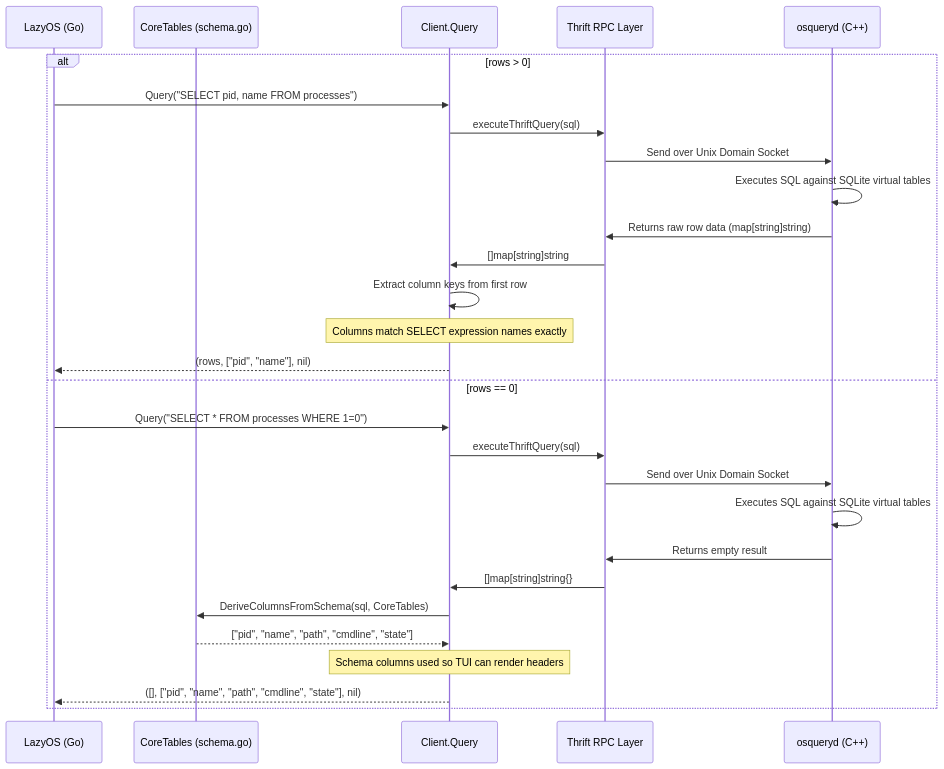
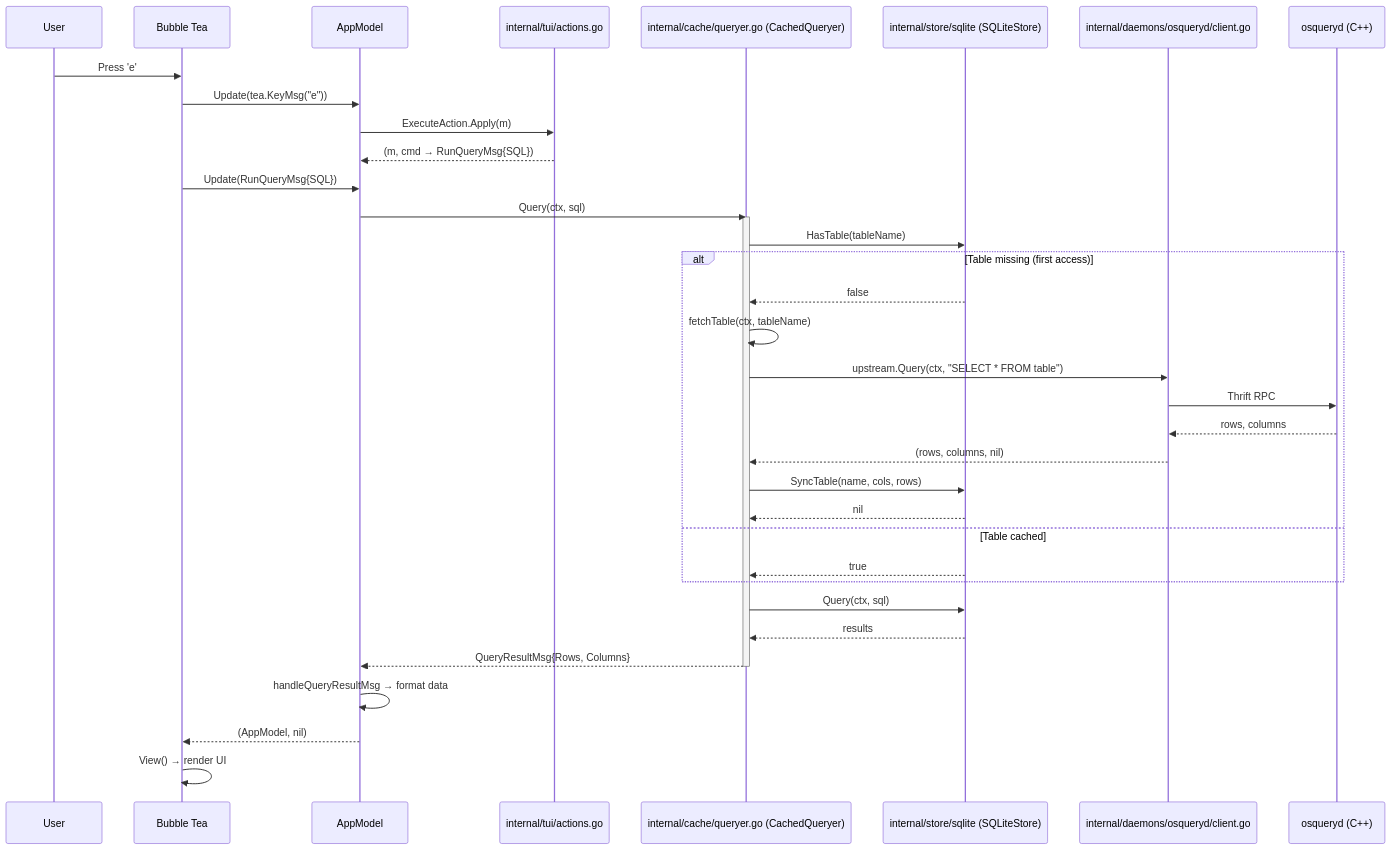
The third of 5 diagrams in docs/osquery_interaction.md (ajitm722/LazyOS), drawn with Mermaid before and after one commit. The commit also changed other lines of this file and 27 other files, not shown here.

First line of the commit message:
feat: persistent SQLite cache layer with source query bypass

````diff
--- a/docs/osquery_interaction.md
+++ b/docs/osquery_interaction.md
@@ -136,31 +139,45 @@
 ```mermaid
 sequenceDiagram
-    participant App as LazyOS (Go)
-    participant Schema as CoreTables (schema.go)
-    participant Client as Client.Query
-    participant Thrift as Thrift RPC Layer
+    participant User as User
+    participant Runtime as Bubble Tea
+    participant Model as AppModel
+    participant Action as internal/tui/actions.go
+    participant Cache as internal/cache/queryer.go (CachedQueryer)
+    participant Store as internal/store/sqlite (SQLiteStore)
+    participant Client as internal/daemons/osqueryd/client.go
     participant Daemon as osqueryd (C++)
-    
-    alt rows > 0
-        App->>Client: Query("SELECT pid, name FROM processes")
-        Client->>Thrift: executeThriftQuery(sql)
-        Thrift->>Daemon: Send over Unix Domain Socket
-        Daemon->>Daemon: Executes SQL against SQLite virtual tables
-        Daemon->>Thrift: Returns raw row data (map[string]string)
-        Thrift->>Client: []map[string]string
-        Client->>Client: Extract column keys from first row
-        Note over Client: Columns match SELECT expression names exactly
-        Client-->>App: (rows, ["pid", "name"], nil)
-    else rows == 0
-        App->>Client: Query("SELECT * FROM processes WHERE 1=0")
-        Client->>Thrift: executeThriftQuery(sql)
-        Thrift->>Daemon: Send over Unix Domain Socket
-        Daemon->>Daemon: Executes SQL against SQLite virtual tables
-        Daemon->>Thrift: Returns empty result
-        Thrift->>Client: []map[string]string{}
-        Client->>Schema: DeriveColumnsFromSchema(sql, CoreTables)
-        Schema-->>Client: ["pid", "name", "path", "cmdline", "state"]
-        Note over Client: Schema columns used so TUI can render headers
-        Client-->>App: ([], ["pid", "name", "path", "cmdline", "state"], nil)
+
+    User->>Runtime: Press 'e'
+    Runtime->>Model: Update(tea.KeyMsg("e"))
+
+    Model->>Action: ExecuteAction.Apply(m)
+    Action-->>Model: (m, cmd → RunQueryMsg{SQL})
+
+    Runtime->>Model: Update(RunQueryMsg{SQL})
+
+    Model->>Cache: Query(ctx, sql)
+    activate Cache
+
+    Cache->>Store: HasTable(tableName)
+    alt Table missing (first access)
+        Store-->>Cache: false
+        Cache->>Cache: fetchTable(ctx, tableName)
+        Cache->>Client: upstream.Query(ctx, "SELECT * FROM table")
+        Client->>Daemon: Thrift RPC
+        Daemon-->>Client: rows, columns
+        Client-->>Cache: (rows, columns, nil)
+        Cache->>Store: SyncTable(name, cols, rows)
+        Store-->>Cache: nil
+    else Table cached
+        Store-->>Cache: true
     end
+
+    Cache->>Store: Query(ctx, sql)
+    Store-->>Cache: results
+    Cache-->>Model: QueryResultMsg{Rows, Columns}
+    deactivate Cache
+
+    Model->>Model: handleQueryResultMsg → format data
+    Model-->>Runtime: (AppModel, nil)
+    Runtime->>Runtime: View() → render UI
 ```
````
